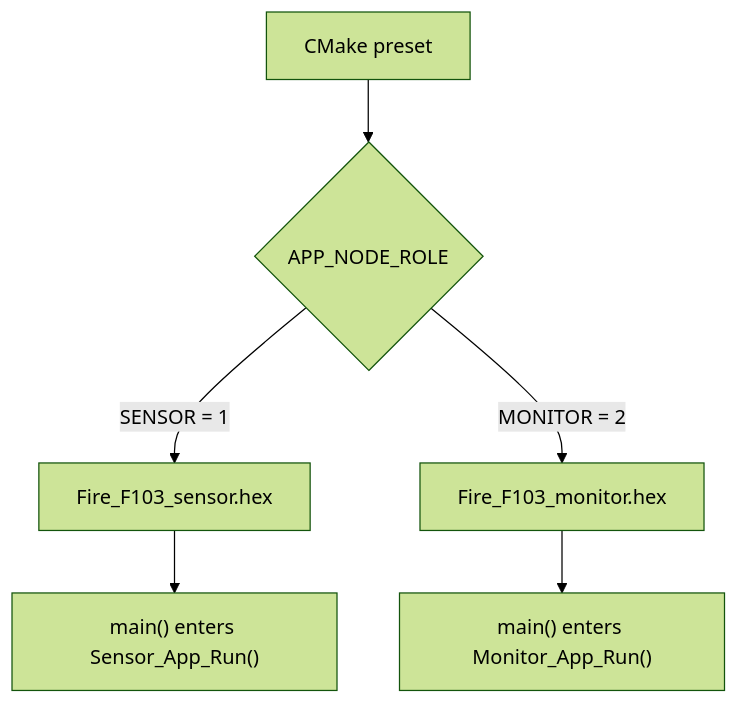
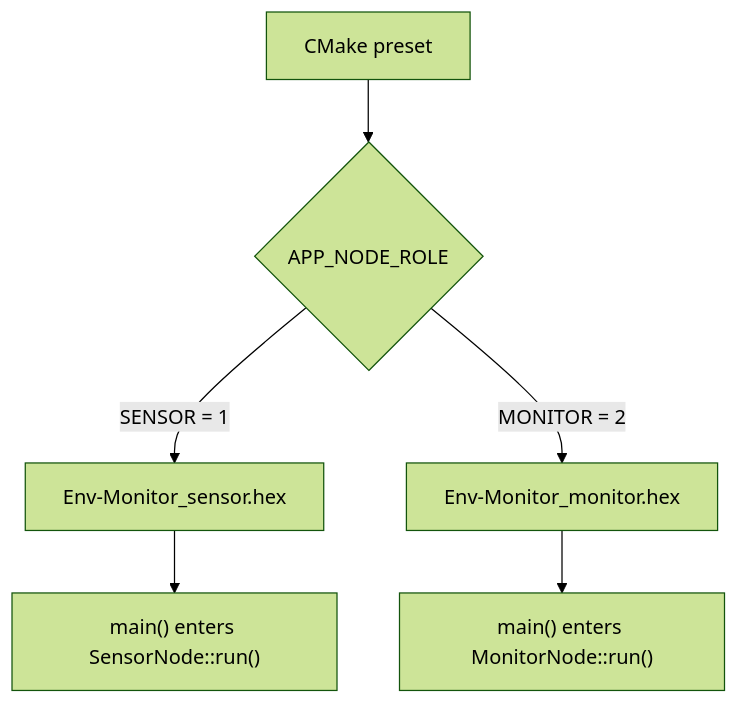
The second of 13 diagrams in docs/FUNCTION_DESIGN_WALKTHROUGH.en.md (Cusnd/dual-stm32-safety-monitor), drawn with Mermaid (forest theme) before and after one commit. The commit also changed other lines of this file and 78 other files, not shown here.

````diff
--- a/docs/FUNCTION_DESIGN_WALKTHROUGH.en.md
+++ b/docs/FUNCTION_DESIGN_WALKTHROUGH.en.md
@@ -44,8 +44,8 @@
 ```mermaid
 flowchart TD
   P["CMake preset"] --> S{"APP_NODE_ROLE"}
-  S -->|"SENSOR = 1"| A["Fire_F103_sensor.hex"]
-  S -->|"MONITOR = 2"| B["Fire_F103_monitor.hex"]
-  A --> C["main() enters Sensor_App_Run()"]
-  B --> D["main() enters Monitor_App_Run()"]
+  S -->|"SENSOR = 1"| A["Env-Monitor_sensor.hex"]
+  S -->|"MONITOR = 2"| B["Env-Monitor_monitor.hex"]
+  A --> C["main() enters SensorNode::run()"]
+  B --> D["main() enters MonitorNode::run()"]
 ```
````
